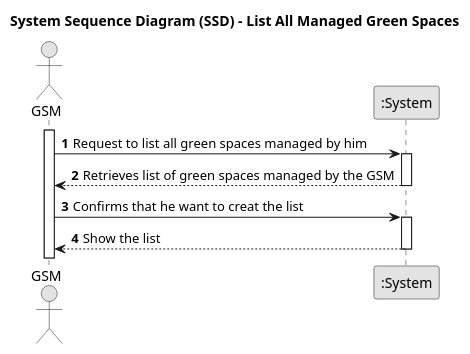
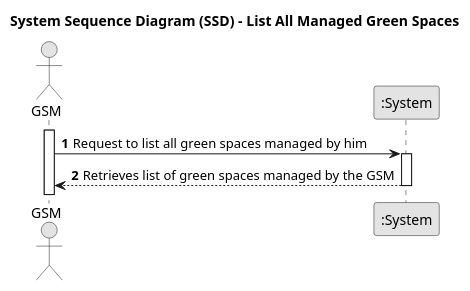
One commit to Departamento-de-Engenharia-Informatica/lei-24-s2-1df-1de-g063 changed the diagram in docs/SprintC/us27/01.requirements-engineering/puml/us027-system-sequence-diagram-alternative-one.puml. Above: the diagram before and after it, drawn with PlantUML. The commit also changed 6 other files, not shown here.

```diff
--- a/docs/SprintC/us27/01.requirements-engineering/puml/us027-system-sequence-diagram-alternative-one.puml
+++ b/docs/SprintC/us27/01.requirements-engineering/puml/us027-system-sequence-diagram-alternative-one.puml
@@ -1,27 +1,21 @@
 @startuml
 skinparam monochrome true
 skinparam packageStyle rectangle
 skinparam shadowing false
 
 title System Sequence Diagram (SSD) - List All Managed Green Spaces
 
 autonumber
 
 actor "GSM" as Employee
 participant ":System" as System
 
 activate Employee
 
     Employee -> System : Request to list all green spaces managed by him
     activate System
 
         System --> Employee : Retrieves list of green spaces managed by the GSM
     deactivate System
 
-    Employee -> System : Confirms that he want to creat the list
-        activate System
-
-            System --> Employee : Show the list
-        deactivate System
-
 @enduml
```
